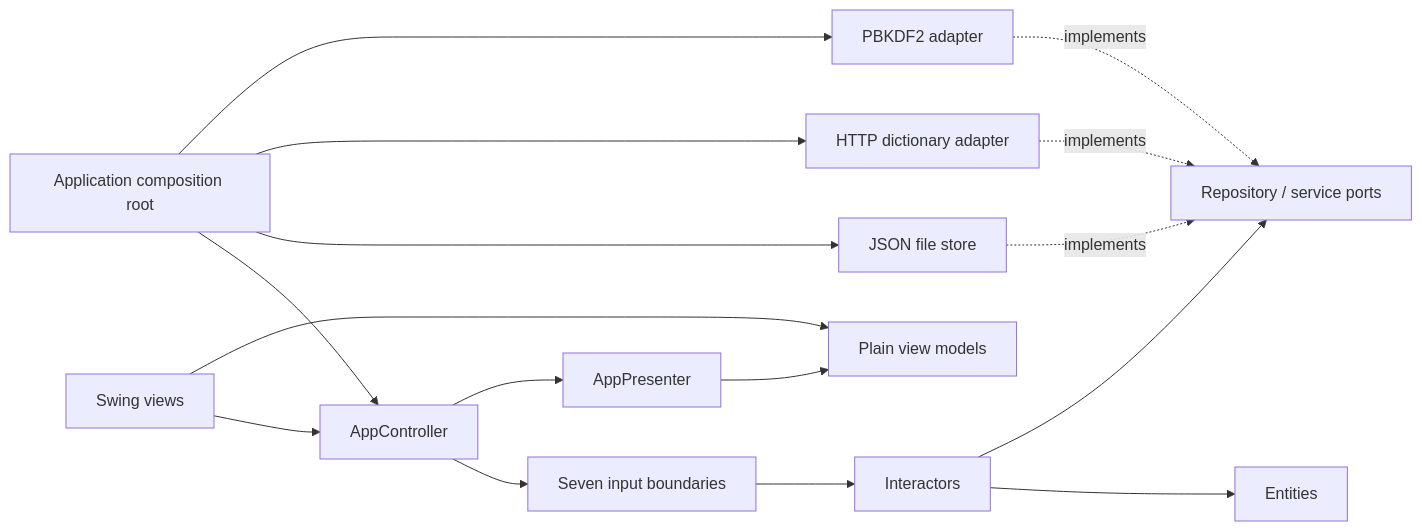
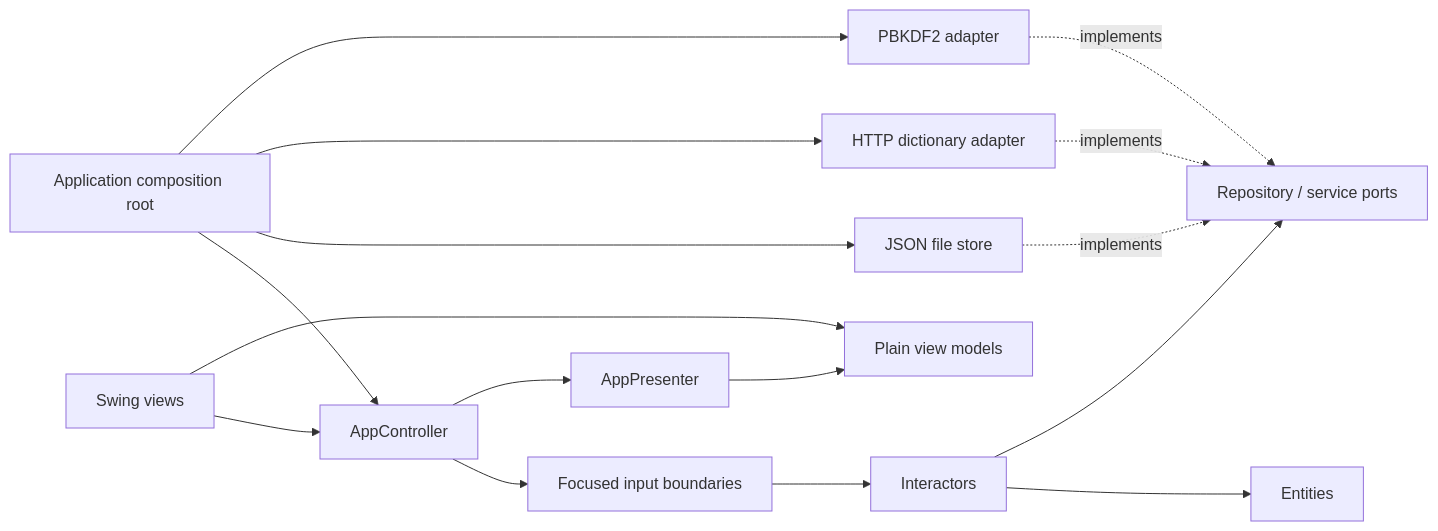
Before and after one commit to fanfan170721/team-project: the diagram in docs/ARCHITECTURE.md, drawn with Mermaid. The commit also changed other lines of this file and 17 other files, not shown here.

````diff
--- a/docs/ARCHITECTURE.md
+++ b/docs/ARCHITECTURE.md
@@ -5,18 +5,18 @@
 ```mermaid
 flowchart LR
     V[Swing views] --> C[AppController]
-    C --> I[Seven input boundaries]
+    C --> I[Focused input boundaries]
     I --> U[Interactors]
     U --> E[Entities]
     U --> P[Repository / service ports]
     D[JSON file store] -. implements .-> P
     H[HTTP dictionary adapter] -. implements .-> P
     B[PBKDF2 adapter] -. implements .-> P
     C --> R[AppPresenter]
     R --> M[Plain view models]
     V --> M
     A[Application composition root] --> C
     A --> D
     A --> H
     A --> B
 ```
````
